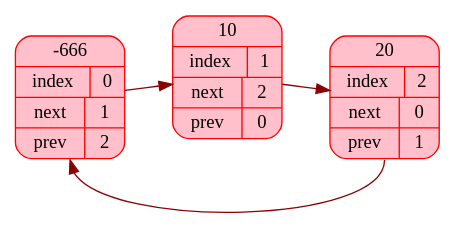
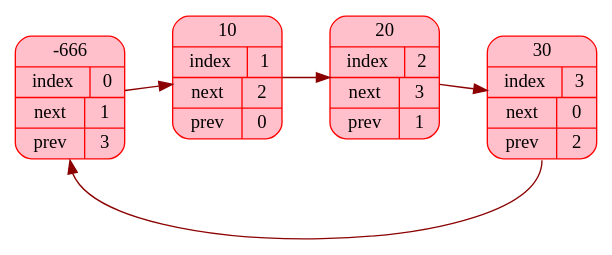
Before and after one commit to Arti-catt/Doubly-Linked-List: the diagram in graph.dot, drawn with Graphviz. The commit also changed 2 other files, not shown here.

```diff
--- a/graph.dot
+++ b/graph.dot
@@ -1,13 +1,15 @@
 digraph G {
 	rankdir = LR;
 	node [shape = Mrecord, color = red, style = filled, fillcolor = pink];
 	edge [color = darkred];
 
-	node0 [label = "{-666} | {index | 0} | {next | 1} | {prev | 2}", fillcolor = pink];
+	node0 [label = "{-666} | {index | 0} | {next | 1} | {prev | 3}", fillcolor = pink];
 	node1 [label = "{10} | {index | 1} | {next | 2} | {prev | 0}", fillcolor = pink];
-	node2 [label = "{20} | {index | 2} | {next | 0} | {prev | 1}", fillcolor = pink];
+	node2 [label = "{20} | {index | 2} | {next | 3} | {prev | 1}", fillcolor = pink];
+	node3 [label = "{30} | {index | 3} | {next | 0} | {prev | 2}", fillcolor = pink];
 
 	node0 -> node1;
 	node1 -> node2;
-	node2:s -> node0:s;
+	node2 -> node3;
+	node3:s -> node0:s;
 }
```
